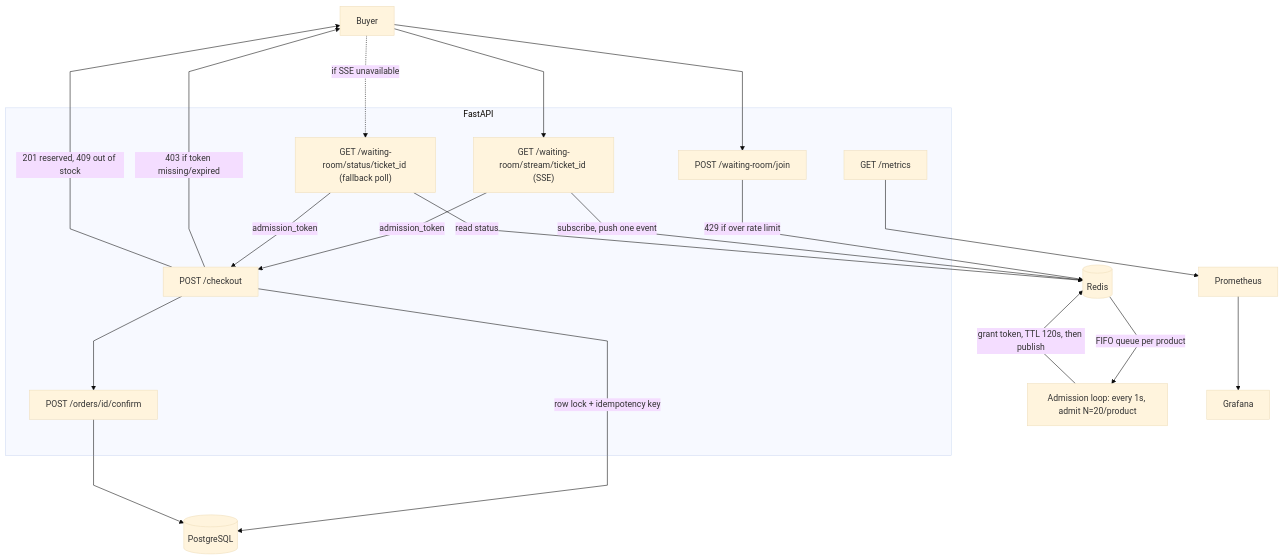
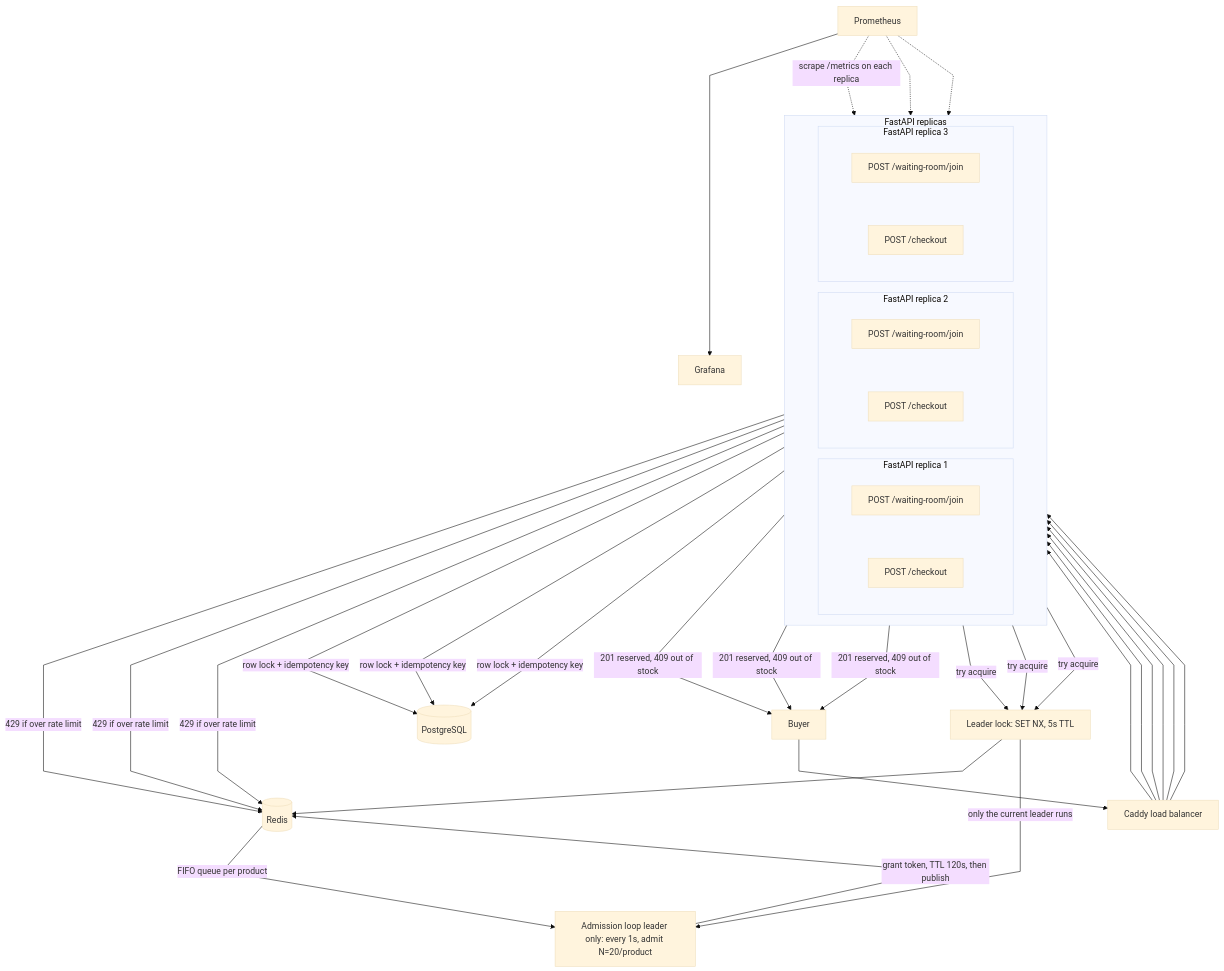
Before and after one commit to swagatskalita092/flashbuy: the diagram in python-service/README.md, drawn with Mermaid (base theme). The commit also changed other lines of this file, not shown here.

Commit message:
docs: update architecture diagram for Phase 5A (Caddy, replicas, leader election)

````diff
--- a/python-service/README.md
+++ b/python-service/README.md
@@ -27,38 +27,64 @@
 ```mermaid
-%%{init: {"flowchart": {"nodeSpacing": 70, "rankSpacing": 110, "curve": "linear"}}}%%
+%%{init: {"flowchart": {"nodeSpacing": 80, "rankSpacing": 100, "curve": "linear"}}}%%
 flowchart TB
   buyer[Buyer]
+  caddy[Caddy load balancer]
 
-  subgraph api [FastAPI]
-    join["POST /waiting-room/join"]
-    stream["GET /waiting-room/stream/ticket_id (SSE)"]
-    status["GET /waiting-room/status/ticket_id (fallback poll)"]
-    checkout["POST /checkout"]
-    confirm["POST /orders/id/confirm"]
-    metrics["GET /metrics"]
+  buyer --> caddy
+
+  subgraph replicas [FastAPI replicas]
+    direction LR
+    subgraph r1 [FastAPI replica 1]
+      j1["POST /waiting-room/join"]
+      c1["POST /checkout"]
+    end
+    subgraph r2 [FastAPI replica 2]
+      j2["POST /waiting-room/join"]
+      c2["POST /checkout"]
+    end
+    subgraph r3 [FastAPI replica 3]
+      j3["POST /waiting-room/join"]
+      c3["POST /checkout"]
+    end
   end
 
+  caddy --> j1
+  caddy --> c1
+  caddy --> j2
+  caddy --> c2
+  caddy --> j3
+  caddy --> c3
+
   redis[(Redis)]
+  lock["Leader lock: SET NX, 5s TTL"]
+  admit["Admission loop leader only: every 1s, admit N=20/product"]
   pg[(PostgreSQL)]
-  admit["Admission loop: every 1s, admit N=20/product"]
   prom[Prometheus]
   graf[Grafana]
 
-  buyer --> join
-  join -->|"429 if over rate limit"| redis
+  j1 -->|"429 if over rate limit"| redis
+  j2 -->|"429 if over rate limit"| redis
+  j3 -->|"429 if over rate limit"| redis
+
+  r1 -->|"try acquire"| lock
+  r2 -->|"try acquire"| lock
+  r3 -->|"try acquire"| lock
+  lock --> redis
+
   redis -->|"FIFO queue per product"| admit
+  lock -->|"only the current leader runs"| admit
   admit -->|"grant token, TTL 120s, then publish"| redis
-  buyer --> stream
-  stream -->|"subscribe, push one event"| redis
-  buyer -.->|"if SSE unavailable"| status
-  status -->|"read status"| redis
-  stream -->|"admission_token"| checkout
-  status -->|"admission_token"| checkout
-  checkout -->|"403 if token missing/expired"| buyer
-  checkout -->|"row lock + idempotency key"| pg
-  checkout -->|"201 reserved, 409 out of stock"| buyer
-  checkout --> confirm
-  confirm --> pg
-  metrics --> prom
+
+  c1 -->|"row lock + idempotency key"| pg
+  c2 -->|"row lock + idempotency key"| pg
+  c3 -->|"row lock + idempotency key"| pg
+
+  c1 -->|"201 reserved, 409 out of stock"| buyer
+  c2 -->|"201 reserved, 409 out of stock"| buyer
+  c3 -->|"201 reserved, 409 out of stock"| buyer
+
+  prom -.->|"scrape /metrics on each replica"| r1
+  prom -.-> r2
+  prom -.-> r3
   prom --> graf
 ```
````
